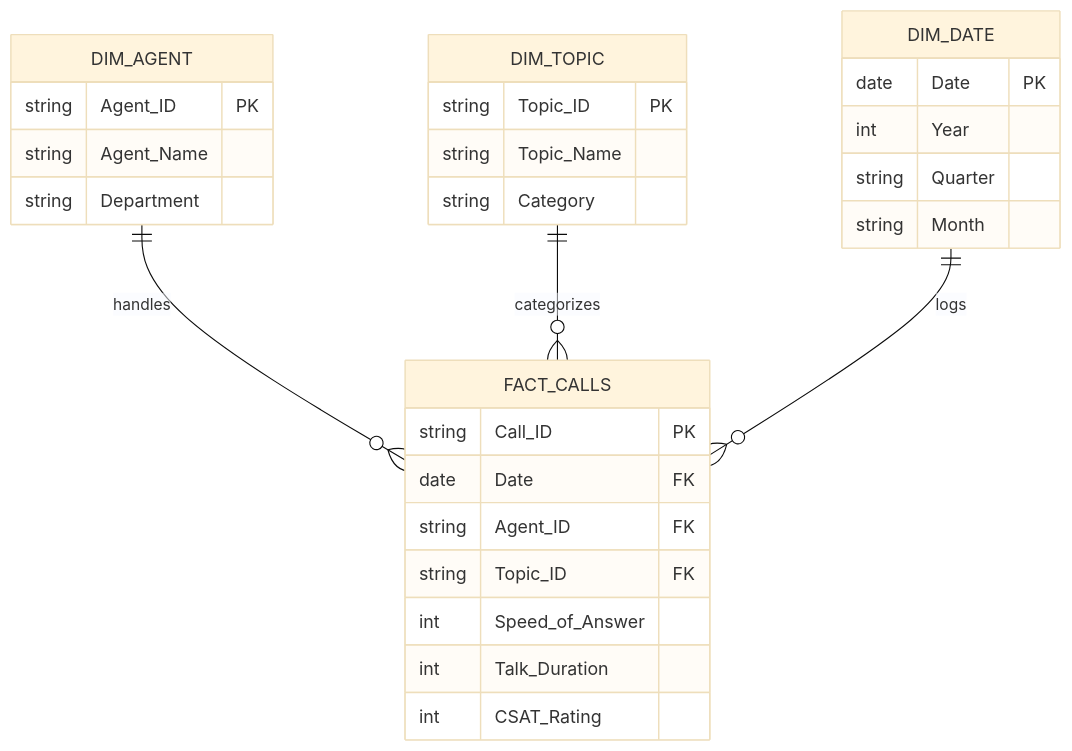
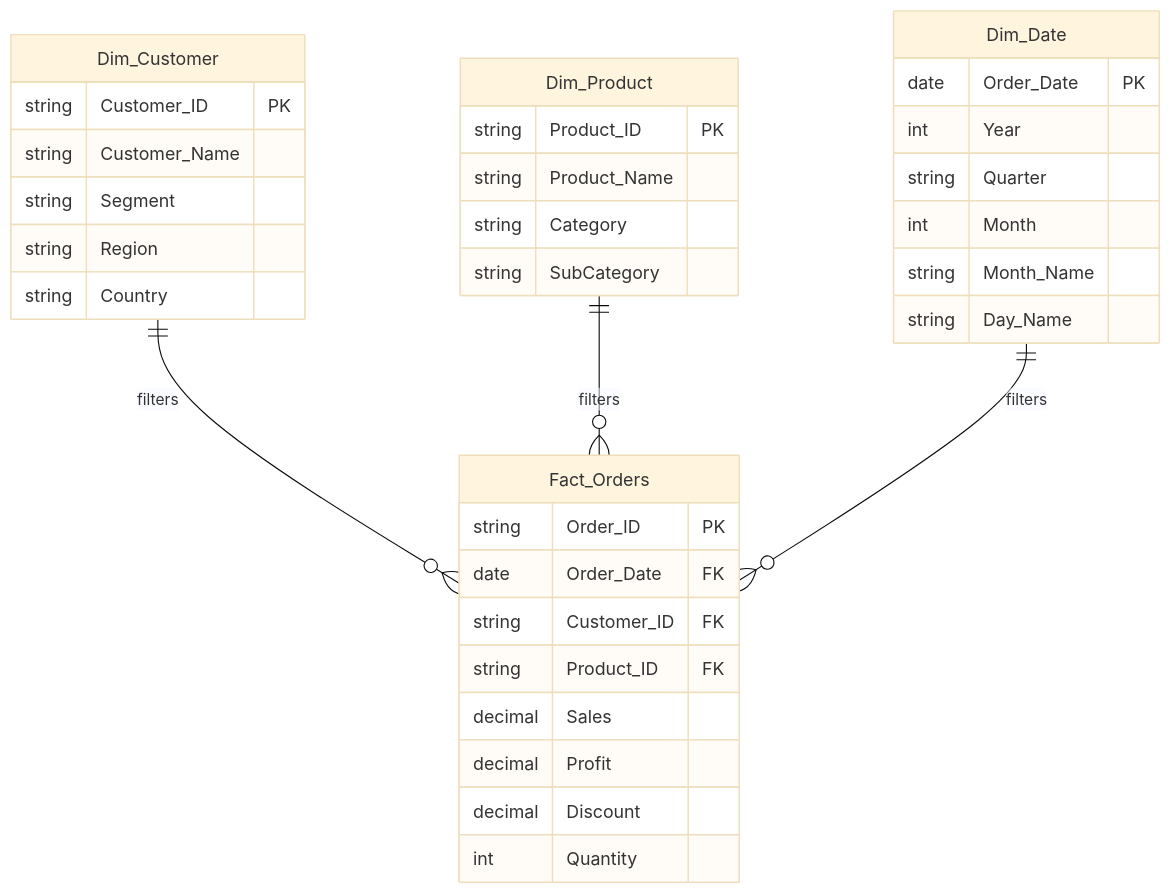
One commit to Sohila-Khaled-Abbas/COURSE-EXCEL-ZERO-TO-HERO changed the second of 4 diagrams in 02_Notes/09_Data_Modeling_and_DAX/01_Dimensional_Modeling_Principles.md. Above: the diagram before and after it, drawn with Mermaid (base theme). The commit also changed other lines of this file and 49 other files, not shown here.

````diff
--- a/02_Notes/09_Data_Modeling_and_DAX/01_Dimensional_Modeling_Principles.md
+++ b/02_Notes/09_Data_Modeling_and_DAX/01_Dimensional_Modeling_Principles.md
@@ -30,32 +86,38 @@
 ```mermaid
 erDiagram
-    DIM_AGENT ||--o{ FACT_CALLS : handles
-    DIM_TOPIC ||--o{ FACT_CALLS : categorizes
-    DIM_DATE ||--o{ FACT_CALLS : logs
+    Dim_Customer ||--o{ Fact_Orders : "filters"
+    Dim_Product ||--o{ Fact_Orders : "filters"
+    Dim_Date ||--o{ Fact_Orders : "filters"
 
-    FACT_CALLS {
-        string Call_ID PK
-        date Date FK
-        string Agent_ID FK
-        string Topic_ID FK
-        int Speed_of_Answer
-        int Talk_Duration
-        int CSAT_Rating
+    Fact_Orders {
+        string Order_ID PK
+        date Order_Date FK
+        string Customer_ID FK
+        string Product_ID FK
+        decimal Sales
+        decimal Profit
+        decimal Discount
+        int Quantity
     }
-    DIM_AGENT {
-        string Agent_ID PK
-        string Agent_Name
-        string Department
+    Dim_Customer {
+        string Customer_ID PK
+        string Customer_Name
+        string Segment
+        string Region
+        string Country
     }
-    DIM_TOPIC {
-        string Topic_ID PK
-        string Topic_Name
+    Dim_Product {
+        string Product_ID PK
+        string Product_Name
         string Category
+        string SubCategory
     }
-    DIM_DATE {
-        date Date PK
+    Dim_Date {
+        date Order_Date PK
         int Year
         string Quarter
-        string Month
+        int Month
+        string Month_Name
+        string Day_Name
     }
 ```
````
